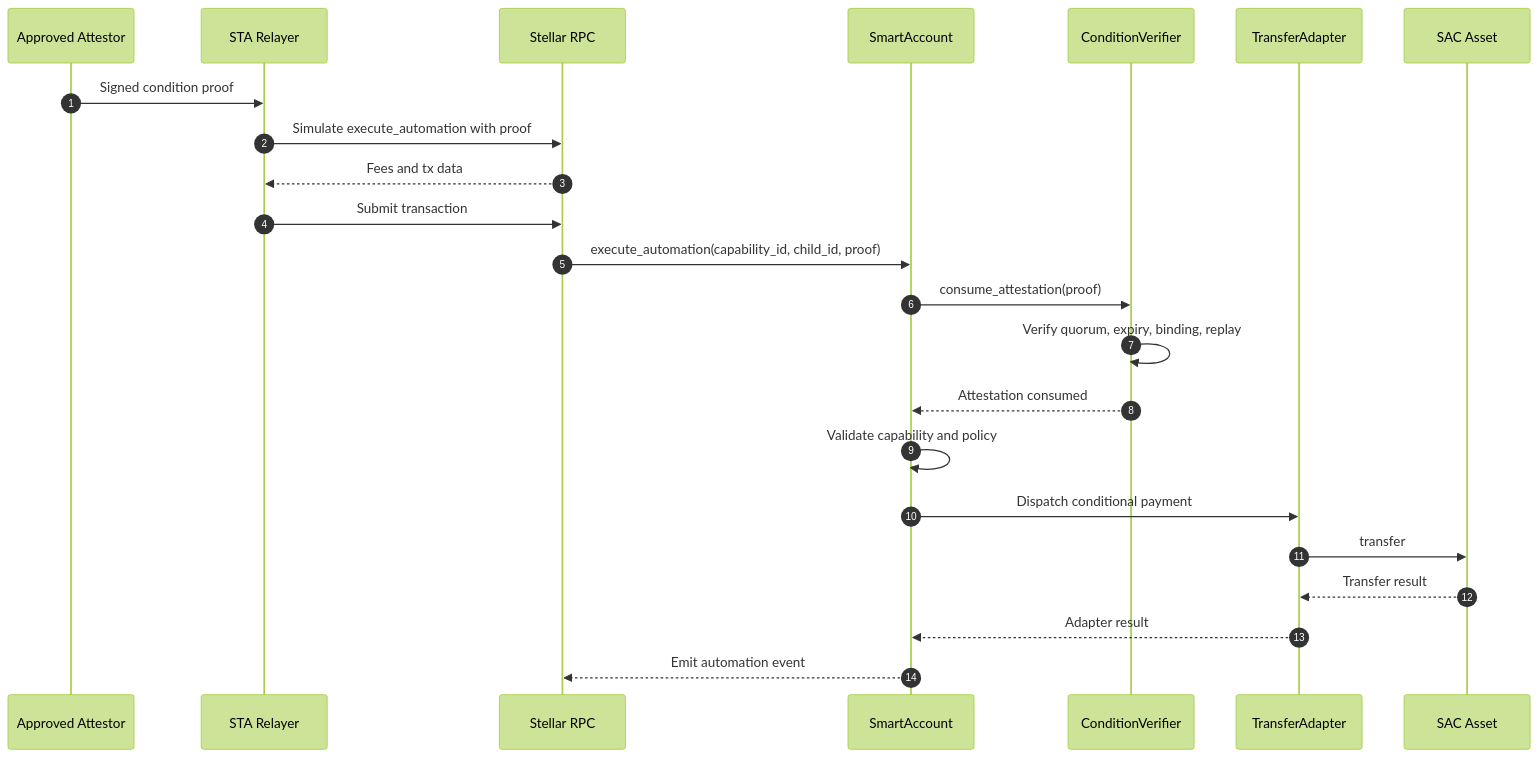
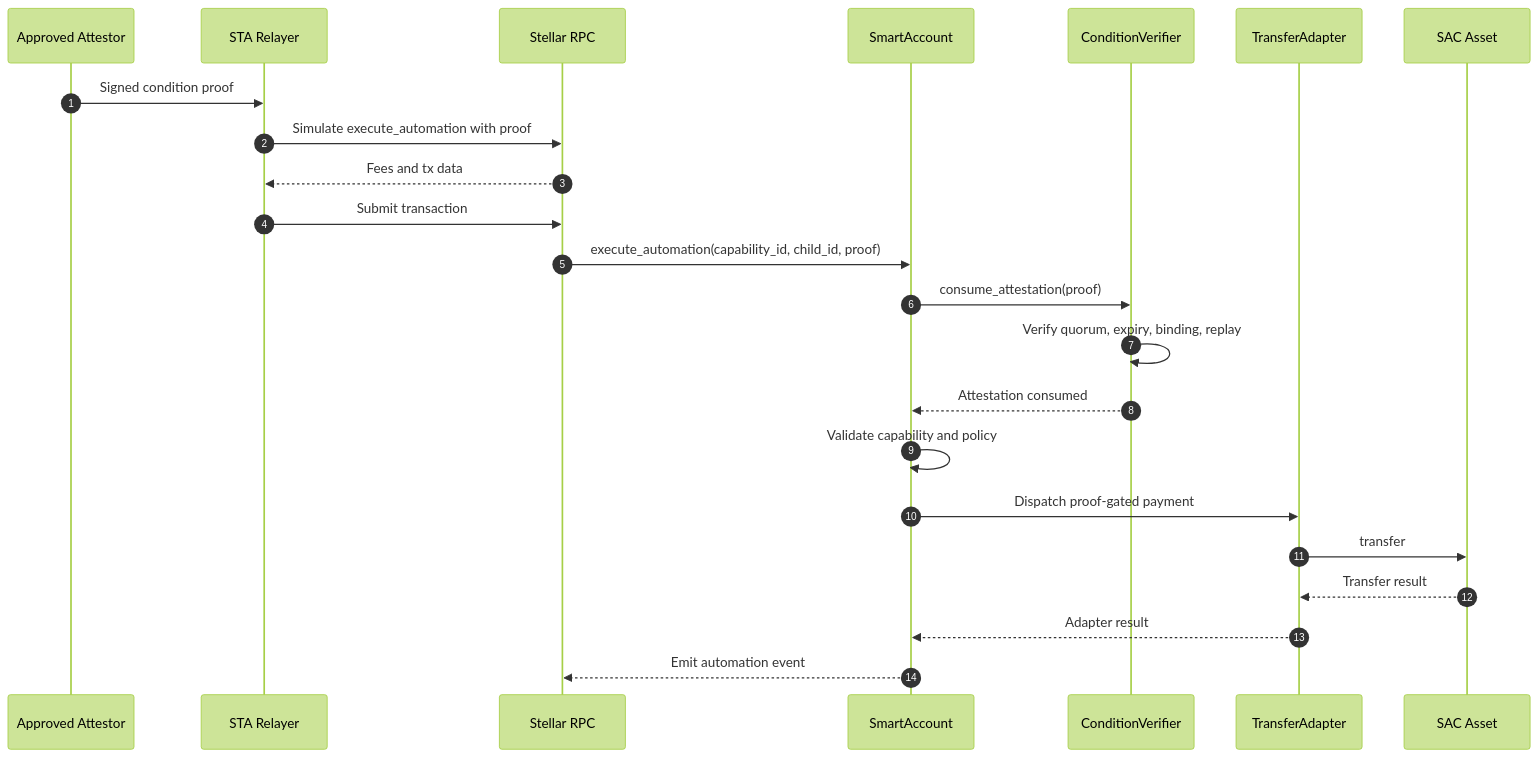
One commit to Frihat-dev/smart-wallet-stellar changed diagram 12 of 14 in docs/TECHNICAL_ARCHITECTURE.md. Above: the diagram before and after it, drawn with Mermaid (forest theme). The commit also changed other lines of this file, not shown here.

Commit message:
docs: align technical architecture with launch scope

````diff
--- a/docs/TECHNICAL_ARCHITECTURE.md
+++ b/docs/TECHNICAL_ARCHITECTURE.md
@@ -1476,26 +1459,26 @@
 ```mermaid
 sequenceDiagram
     autonumber
     participant Attestor as Approved Attestor
     participant Relayer as STA Relayer
     participant RPC as Stellar RPC
     participant SA as SmartAccount
     participant CV as ConditionVerifier
     participant Adapter as TransferAdapter
     participant SAC as SAC Asset
 
     Attestor->>Relayer: Signed condition proof
     Relayer->>RPC: Simulate execute_automation with proof
     RPC-->>Relayer: Fees and tx data
     Relayer->>RPC: Submit transaction
     RPC->>SA: execute_automation(capability_id, child_id, proof)
     SA->>CV: consume_attestation(proof)
     CV->>CV: Verify quorum, expiry, binding, replay
     CV-->>SA: Attestation consumed
     SA->>SA: Validate capability and policy
-    SA->>Adapter: Dispatch conditional payment
+    SA->>Adapter: Dispatch proof-gated payment
     Adapter->>SAC: transfer
     SAC-->>Adapter: Transfer result
     Adapter-->>SA: Adapter result
     SA-->>RPC: Emit automation event
 ```
````
